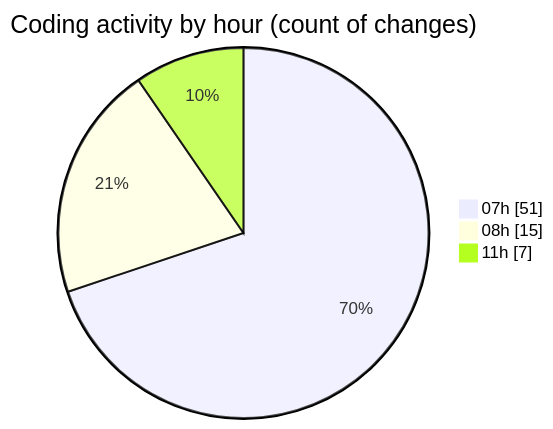
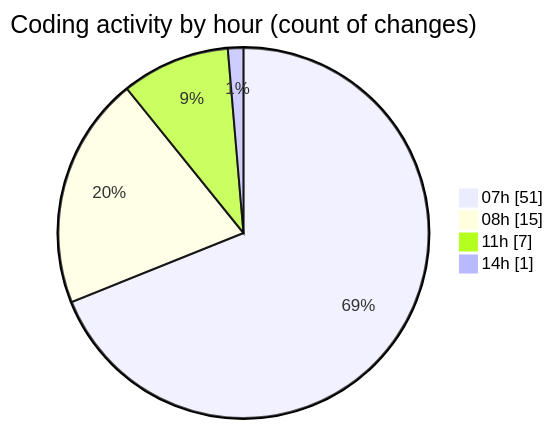
One commit to robertbonfada/code-tracking changed the second of 2 diagrams in 2025-01-17/mbc-web/README.md. Above: the diagram before and after it, drawn with Mermaid. The commit also changed other lines of this file and 1 other file, not shown here.

````diff
--- a/2025-01-17/mbc-web/README.md
+++ b/2025-01-17/mbc-web/README.md
@@ -45,7 +45,8 @@
 ```mermaid
 pie showData
 title Coding activity by hour (count of changes)
 "07h" : 51
 "08h" : 15
 "11h" : 7
+"14h" : 1
 ```
````
